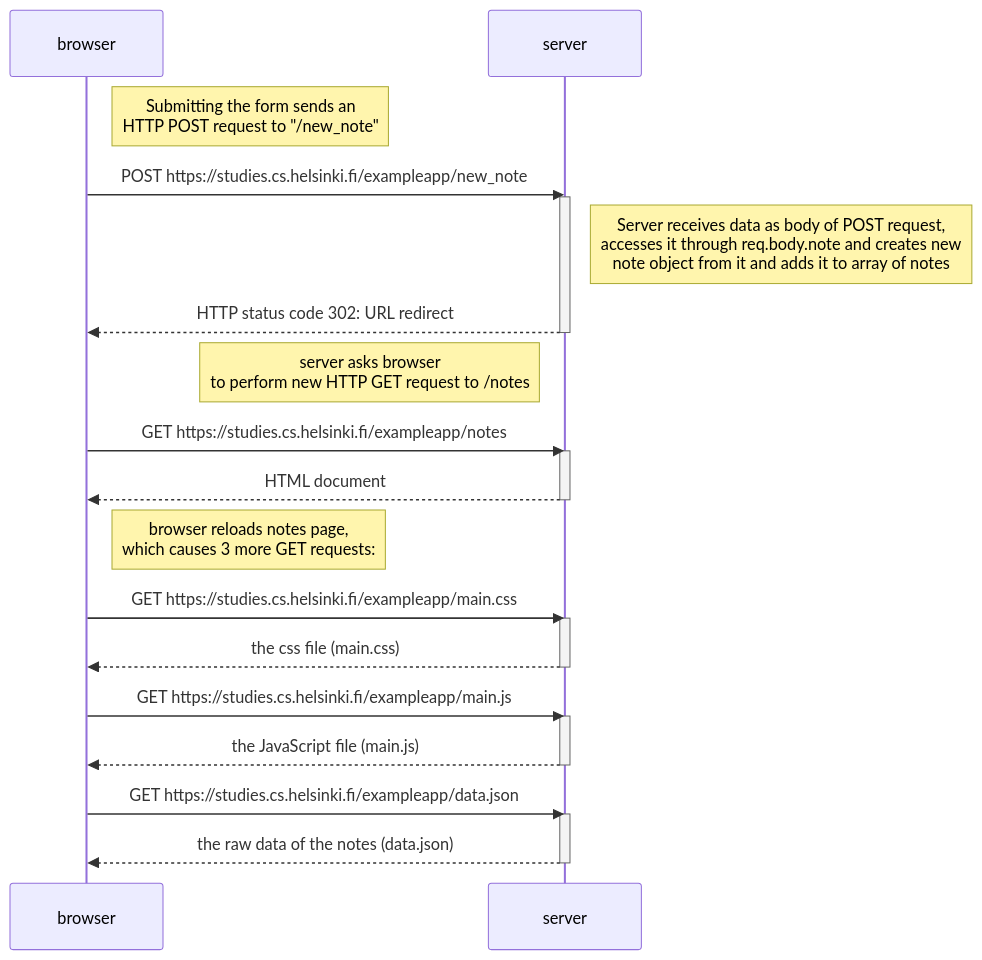
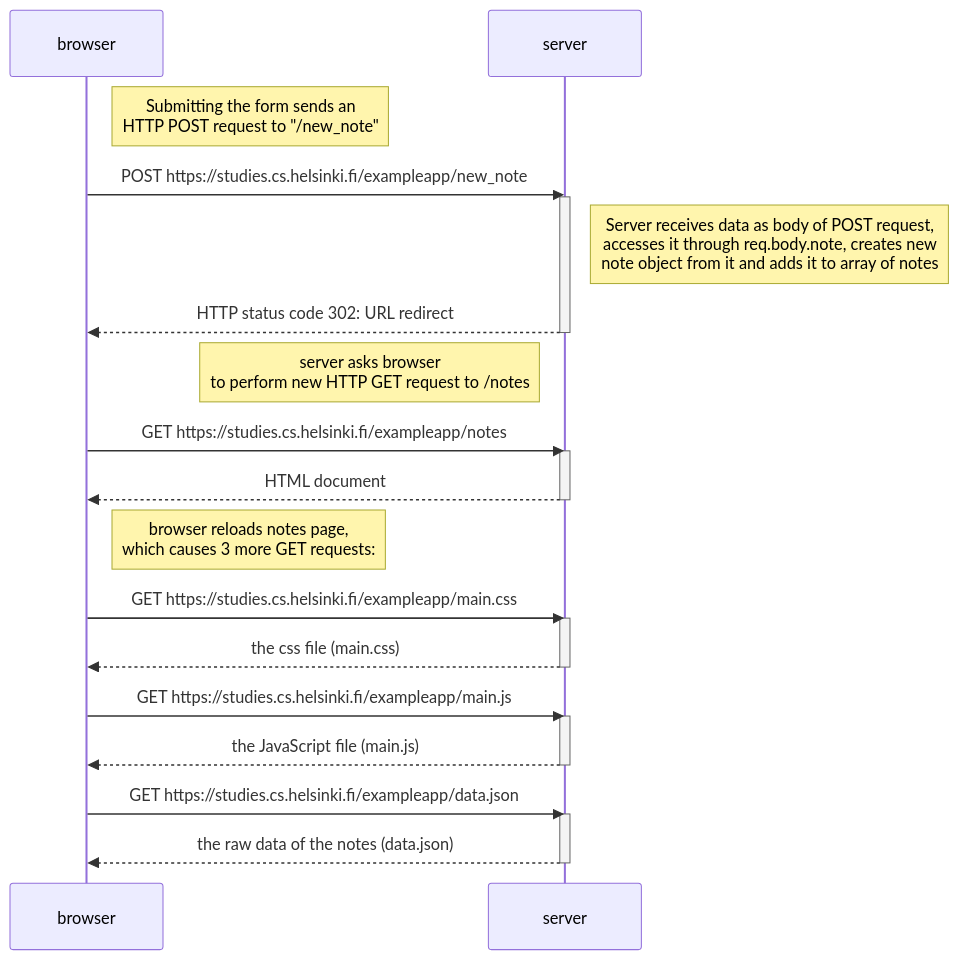
Before and after one commit to valli259/Fullstack-exercises: the diagram in part0/exercise0-4.md, drawn with Mermaid.

````diff
--- a/part0/exercise0-4.md
+++ b/part0/exercise0-4.md
@@ -1,34 +1,34 @@
 ```mermaid
   sequenceDiagram
     participant browser
     participant server
 Note right of browser: Submitting the form sends an <br>HTTP POST request to "/new_note"
     browser->>server: POST https://studies.cs.helsinki.fi/exampleapp/new_note
     activate server
-Note right of server: Server receives data as body of POST request,<br> accesses it through req.body.note and creates new <br>note object from it and adds it to array of notes
+Note right of server: Server receives data as body of POST request,<br> accesses it through req.body.note, creates new <br>note object from it and adds it to array of notes
     server-->>browser: HTTP status code 302: URL redirect
     deactivate server
     Note left of server: server asks browser <br> to perform new HTTP GET request to /notes
 
 
     browser->>server: GET https://studies.cs.helsinki.fi/exampleapp/notes
     activate server
     server-->>browser: HTML document
     deactivate server
 Note right of browser: browser reloads notes page,<br> which causes 3 more GET requests:
 
     browser->>server: GET https://studies.cs.helsinki.fi/exampleapp/main.css
     activate server
     server-->>browser: the css file (main.css)
     deactivate server
 
     browser->>server: GET https://studies.cs.helsinki.fi/exampleapp/main.js
     activate server
     server-->>browser: the JavaScript file (main.js)
     deactivate server
 
     browser->>server: GET https://studies.cs.helsinki.fi/exampleapp/data.json
 activate server
 server-->>browser: the raw data of the notes (data.json)
 deactivate server
 ```
````
